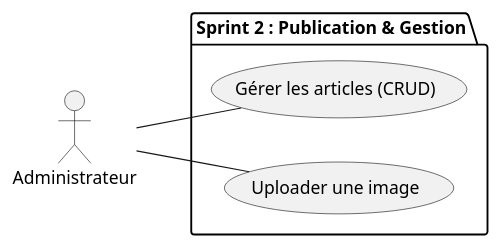
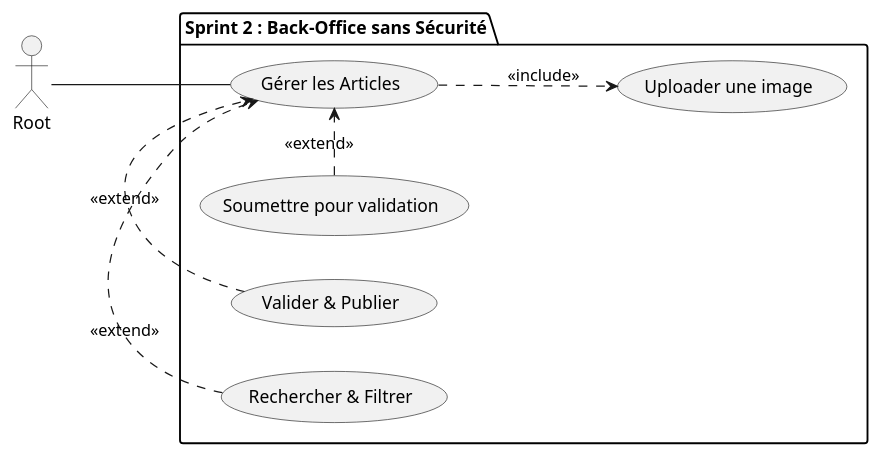
The diagram in 04_sprints/Sprint-02-Publication/sprint-02-publication.puml (labs-web/mvp-blog-2026), drawn with PlantUML before and after one commit. The commit also changed 15 other files, not shown here.

```diff
--- a/04_sprints/Sprint-02-Publication/sprint-02-publication.puml
+++ b/04_sprints/Sprint-02-Publication/sprint-02-publication.puml
@@ -1,12 +1,20 @@
 @startuml
 left to right direction
-actor "Administrateur" as Admin
+actor "Root" as User
 
-package "Sprint 2 : Publication & Gestion" {
-  usecase "Gérer les articles (CRUD)" as UC_CRUD
+package "Sprint 2 : Back-Office sans Sécurité" {
+  usecase "Gérer les Articles" as UC_CRUD
   usecase "Uploader une image" as UC_Media
+  usecase "Soumettre pour validation" as UC_Submit
+  usecase "Valider & Publier" as UC_Publish
+  usecase "Rechercher & Filtrer" as UC_Search
 }
 
-Admin -- UC_CRUD
-Admin -- UC_Media
+User -- UC_CRUD
+
+' Relations
+UC_CRUD ..> UC_Media : <<include>>
+UC_Submit .> UC_CRUD : <<extend>>
+UC_Publish .> UC_CRUD : <<extend>>
+UC_Search .> UC_CRUD : <<extend>>
 @enduml
```
